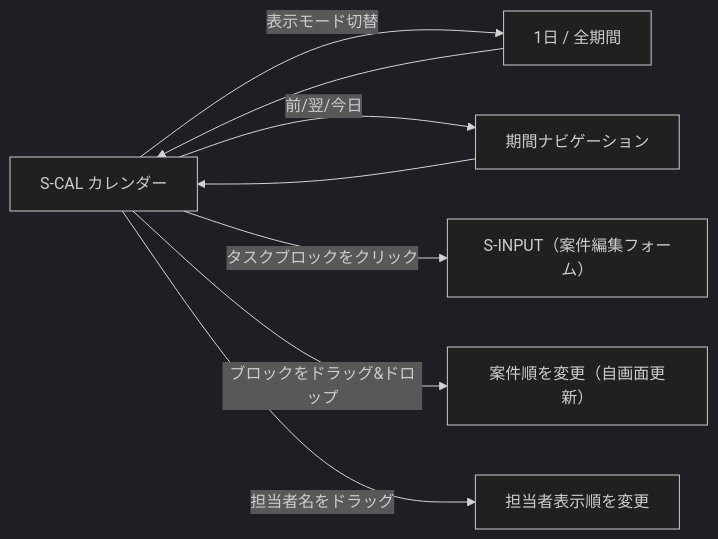
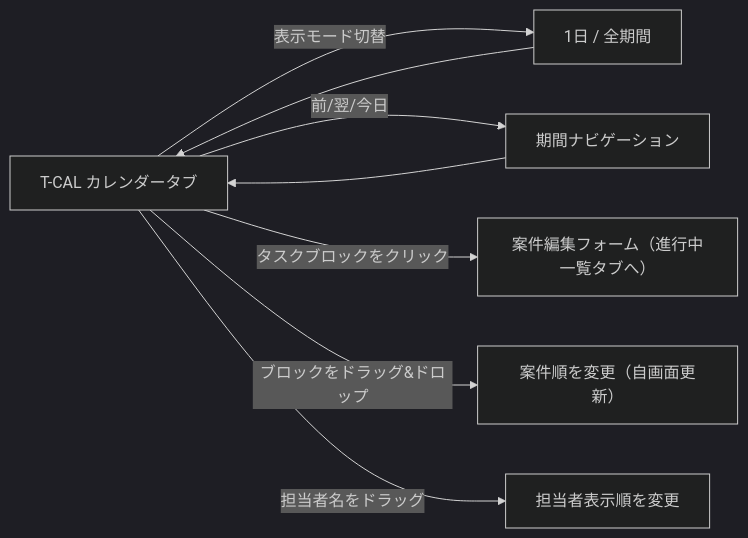
The fifth of 8 diagrams in docs/05_画面遷移図.md (NAKAMUAR/koutei-zu), drawn with Mermaid (dark theme) before and after one commit. The commit also changed other lines of this file and 5 other files, not shown here.

````diff
--- a/docs/05_画面遷移図.md
+++ b/docs/05_画面遷移図.md
@@ -153,11 +218,11 @@
 ```mermaid
 flowchart LR
-    CAL["S-CAL カレンダー"]
+    CAL["T-CAL カレンダータブ"]
     CAL -->|"表示モード切替"| MODE["1日 / 全期間"]
     MODE --> CAL
     CAL -->|"前/翌/今日"| NAV["期間ナビゲーション"]
     NAV --> CAL
-    CAL -->|"タスクブロックをクリック"| EDIT["S-INPUT（案件編集フォーム）"]
+    CAL -->|"タスクブロックをクリック"| EDIT["案件編集フォーム（進行中一覧タブへ）"]
     CAL -->|"ブロックをドラッグ&ドロップ"| REORDER["案件順を変更（自画面更新）"]
     CAL -->|"担当者名をドラッグ"| ROWREORDER["担当者表示順を変更"]
 ```
````
